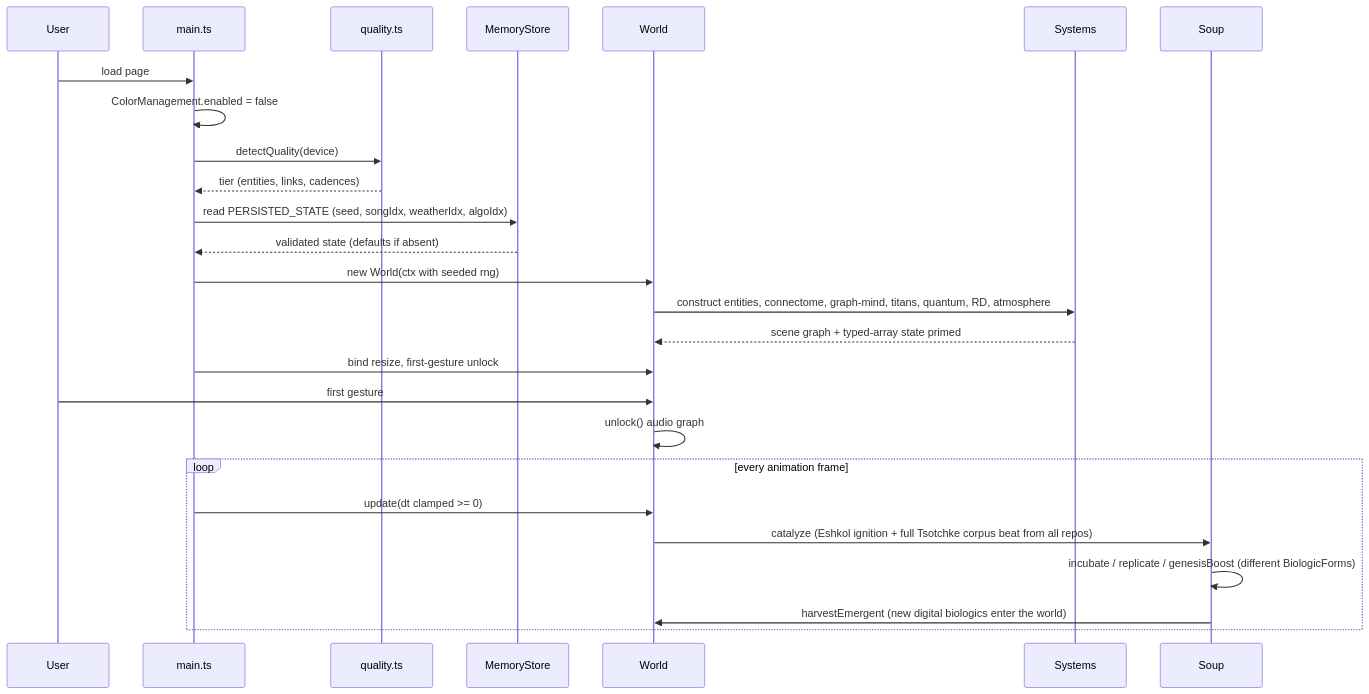
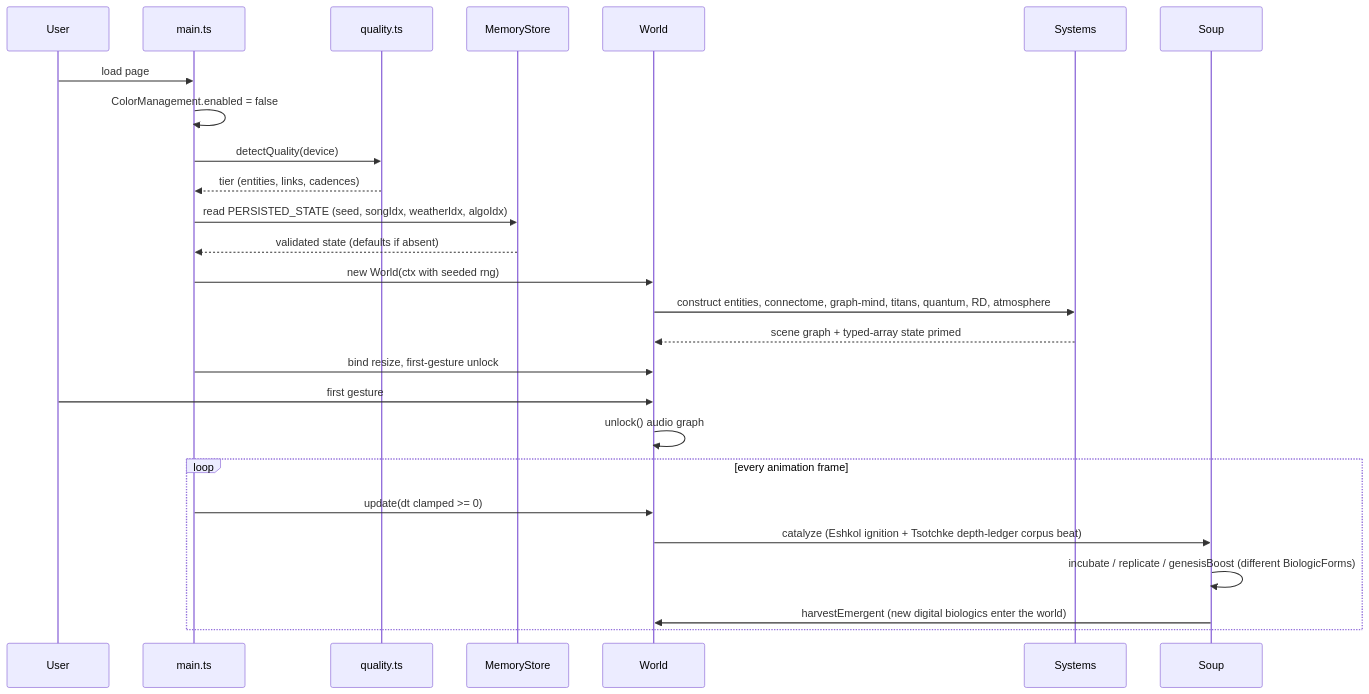
One commit to 0thernes/cosmogonic-quantum-mechalogodrom changed the ninth of 14 diagrams in docs/ENTITY-SCHEMA-AND-MAPPINGS-2026-06-26.md. Above: the diagram before and after it, drawn with Mermaid. The commit also changed other lines of this file and 36 other files, not shown here.

````diff
--- a/docs/ENTITY-SCHEMA-AND-MAPPINGS-2026-06-26.md
+++ b/docs/ENTITY-SCHEMA-AND-MAPPINGS-2026-06-26.md
@@ -703,28 +703,28 @@
 ```mermaid
 sequenceDiagram
   participant U as User
   participant M as main.ts
   participant Q as quality.ts
   participant St as MemoryStore
   participant W as World
   participant Sys as Systems
 
   U->>M: load page
   M->>M: ColorManagement.enabled = false
   M->>Q: detectQuality(device)
   Q-->>M: tier (entities, links, cadences)
   M->>St: read PERSISTED_STATE (seed, songIdx, weatherIdx, algoIdx)
   St-->>M: validated state (defaults if absent)
   M->>W: new World(ctx with seeded rng)
   W->>Sys: construct entities, connectome, graph-mind, titans, quantum, RD, atmosphere
   Sys-->>W: scene graph + typed-array state primed
   M->>W: bind resize, first-gesture unlock
   U->>W: first gesture
   W->>W: unlock() audio graph
   loop every animation frame
     M->>W: update(dt clamped >= 0)
-    W->>Soup: catalyze (Eshkol ignition + full Tsotchke corpus beat from all repos)
+    W->>Soup: catalyze (Eshkol ignition + Tsotchke depth-ledger corpus beat)
     Soup->>Soup: incubate / replicate / genesisBoost (different BiologicForms)
     Soup->>W: harvestEmergent (new digital biologics enter the world)
   end
 ```
````
